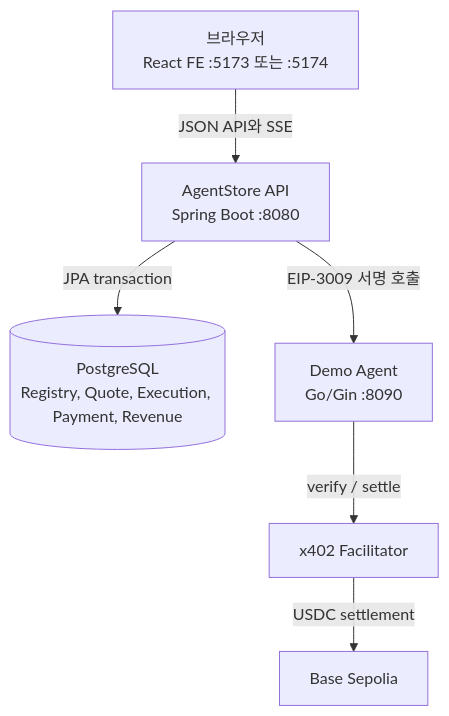
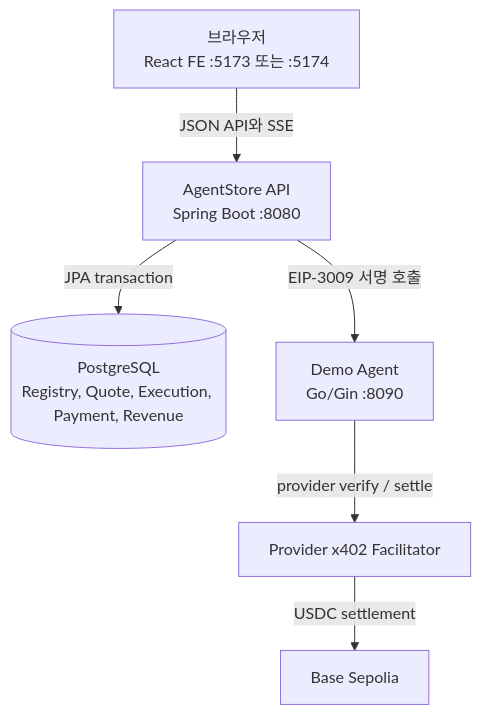
The second of 6 diagrams in README.md (rdme0/agent-store-be), drawn with Mermaid before and after one commit. The commit also changed other lines of this file and 5 other files, not shown here.

````diff
--- a/README.md
+++ b/README.md
@@ -37,14 +37,14 @@
 ```mermaid
 flowchart TB
     Browser["브라우저\nReact FE :5173 또는 :5174"]
     Spring["AgentStore API\nSpring Boot :8080"]
     DB[("PostgreSQL\nRegistry, Quote, Execution, Payment, Revenue")]
     Demo["Demo Agent\nGo/Gin :8090"]
-    Facilitator["x402 Facilitator"]
+    Facilitator["Provider x402 Facilitator"]
     Chain["Base Sepolia"]
     Browser -->|JSON API와 SSE| Spring
     Spring -->|JPA transaction| DB
     Spring -->|EIP-3009 서명 호출| Demo
-    Demo -->|verify / settle| Facilitator
+    Demo -->|provider verify / settle| Facilitator
     Facilitator -->|USDC settlement| Chain
 ```
````
